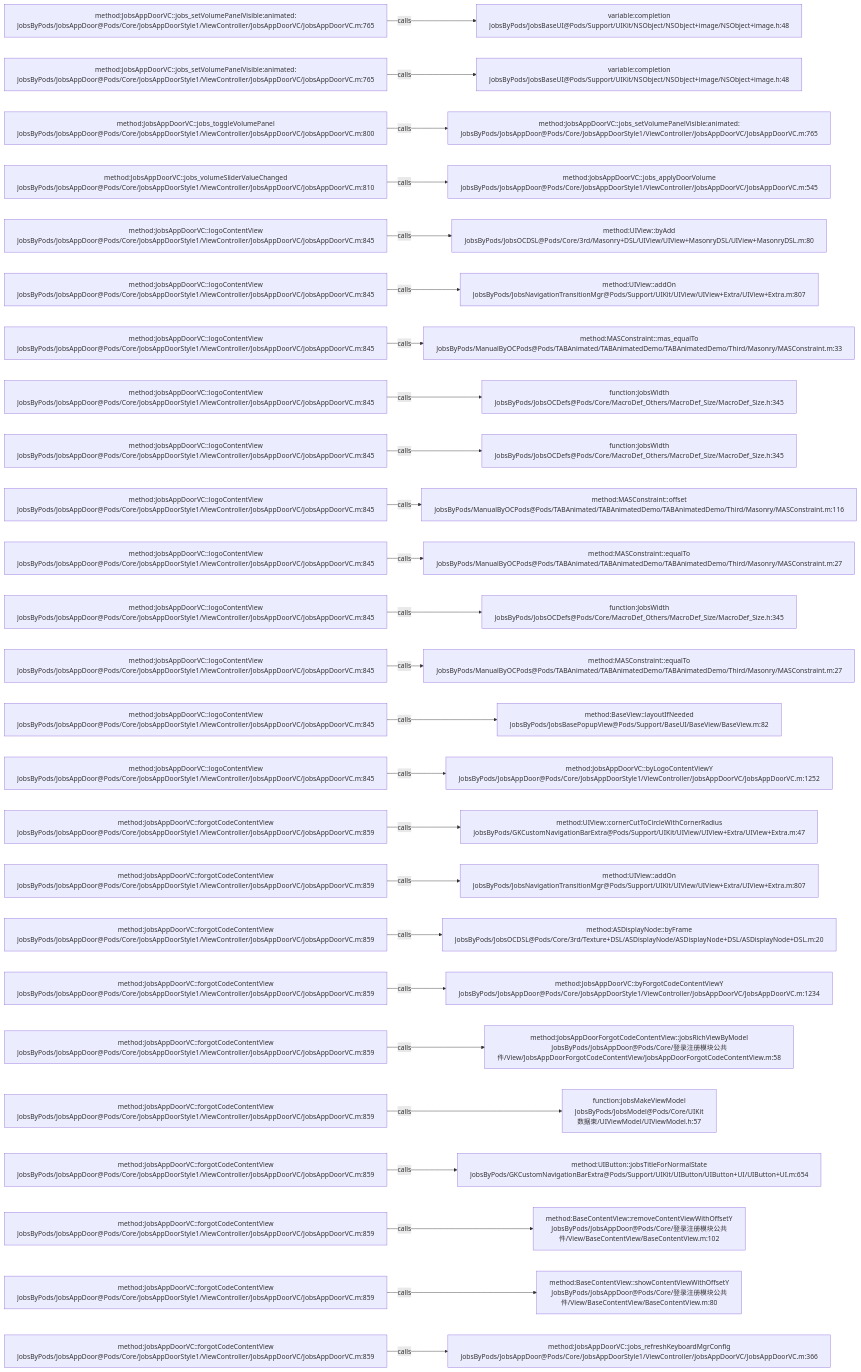
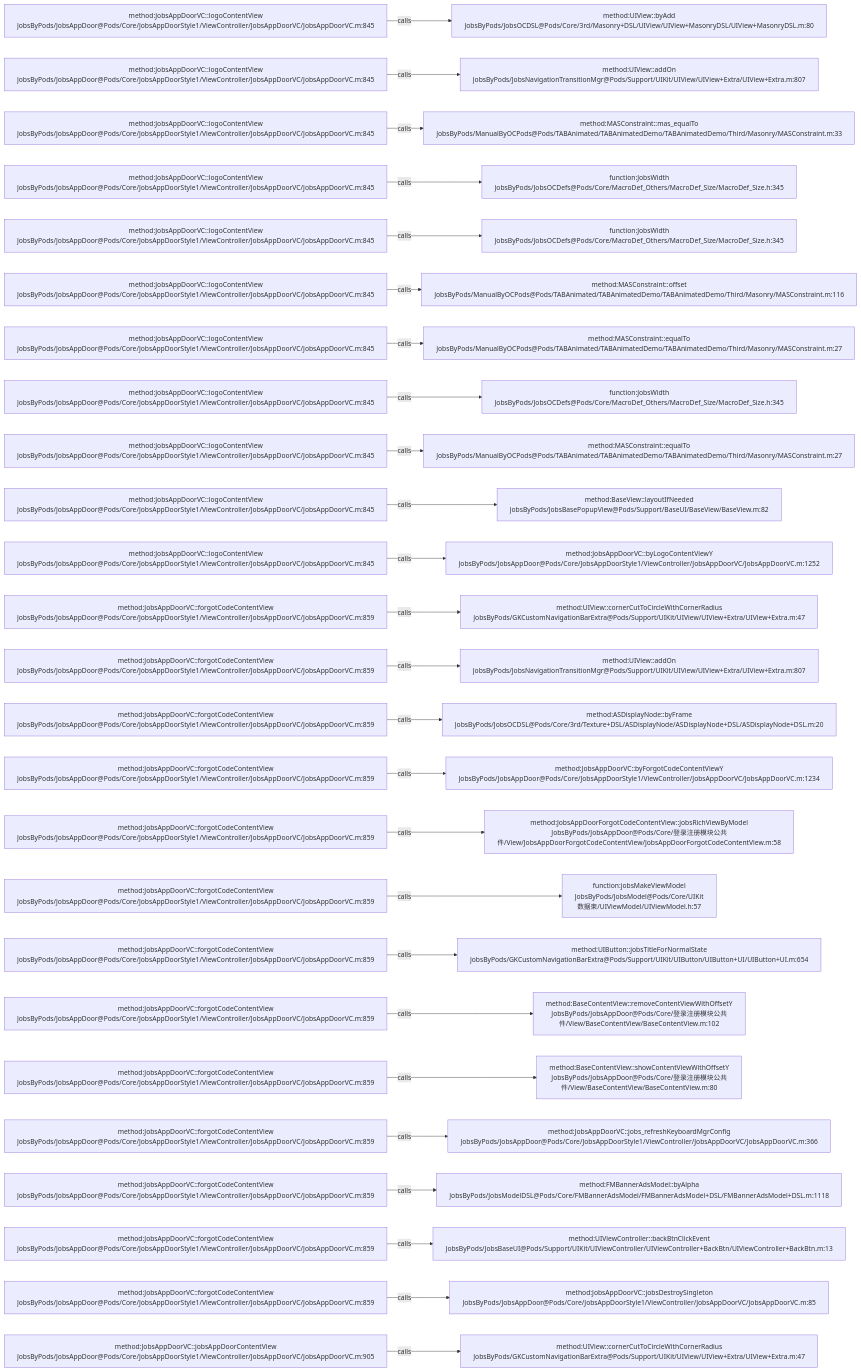
One commit to JobsKits/JobsOCBaseConfigDemo changed the diagram in .codegraph/codegraph.md/graphs/calls-111.md. Above: the diagram before and after it, drawn with Mermaid. The commit also changed 116 other files, not shown here.

````diff
--- a/.codegraph/codegraph.md/graphs/calls-111.md
+++ b/.codegraph/codegraph.md/graphs/calls-111.md
@@ -13,78 +13,78 @@
 ```mermaid
 flowchart LR
-  S1["method:JobsAppDoorVC::jobs_setVolumePanelVisible:animated:<br/>JobsByPods/JobsAppDoor@Pods/Core/JobsAppDoorStyle1/ViewController/JobsAppDoorVC/JobsAppDoorVC.m:765"]
-  T1["variable:completion<br/>JobsByPods/JobsBaseUI@Pods/Support/UIKit/NSObject/NSObject+image/NSObject+image.h:48"]
+  S1["method:JobsAppDoorVC::logoContentView<br/>JobsByPods/JobsAppDoor@Pods/Core/JobsAppDoorStyle1/ViewController/JobsAppDoorVC/JobsAppDoorVC.m:845"]
+  T1["method:UIView::byAdd<br/>JobsByPods/JobsOCDSL@Pods/Core/3rd/Masonry+DSL/UIView/UIView+MasonryDSL/UIView+MasonryDSL.m:80"]
   S1 -->|calls| T1
-  S2["method:JobsAppDoorVC::jobs_setVolumePanelVisible:animated:<br/>JobsByPods/JobsAppDoor@Pods/Core/JobsAppDoorStyle1/ViewController/JobsAppDoorVC/JobsAppDoorVC.m:765"]
-  T2["variable:completion<br/>JobsByPods/JobsBaseUI@Pods/Support/UIKit/NSObject/NSObject+image/NSObject+image.h:48"]
+  S2["method:JobsAppDoorVC::logoContentView<br/>JobsByPods/JobsAppDoor@Pods/Core/JobsAppDoorStyle1/ViewController/JobsAppDoorVC/JobsAppDoorVC.m:845"]
+  T2["method:UIView::addOn<br/>JobsByPods/JobsNavigationTransitionMgr@Pods/Support/UIKit/UIView/UIView+Extra/UIView+Extra.m:807"]
   S2 -->|calls| T2
-  S3["method:JobsAppDoorVC::jobs_toggleVolumePanel<br/>JobsByPods/JobsAppDoor@Pods/Core/JobsAppDoorStyle1/ViewController/JobsAppDoorVC/JobsAppDoorVC.m:800"]
-  T3["method:JobsAppDoorVC::jobs_setVolumePanelVisible:animated:<br/>JobsByPods/JobsAppDoor@Pods/Core/JobsAppDoorStyle1/ViewController/JobsAppDoorVC/JobsAppDoorVC.m:765"]
+  S3["method:JobsAppDoorVC::logoContentView<br/>JobsByPods/JobsAppDoor@Pods/Core/JobsAppDoorStyle1/ViewController/JobsAppDoorVC/JobsAppDoorVC.m:845"]
+  T3["method:MASConstraint::mas_equalTo<br/>JobsByPods/ManualByOCPods@Pods/TABAnimated/TABAnimatedDemo/TABAnimatedDemo/Third/Masonry/MASConstraint.m:33"]
   S3 -->|calls| T3
-  S4["method:JobsAppDoorVC::jobs_volumeSliderValueChanged<br/>JobsByPods/JobsAppDoor@Pods/Core/JobsAppDoorStyle1/ViewController/JobsAppDoorVC/JobsAppDoorVC.m:810"]
-  T4["method:JobsAppDoorVC::jobs_applyDoorVolume<br/>JobsByPods/JobsAppDoor@Pods/Core/JobsAppDoorStyle1/ViewController/JobsAppDoorVC/JobsAppDoorVC.m:545"]
+  S4["method:JobsAppDoorVC::logoContentView<br/>JobsByPods/JobsAppDoor@Pods/Core/JobsAppDoorStyle1/ViewController/JobsAppDoorVC/JobsAppDoorVC.m:845"]
+  T4["function:JobsWidth<br/>JobsByPods/JobsOCDefs@Pods/Core/MacroDef_Others/MacroDef_Size/MacroDef_Size.h:345"]
   S4 -->|calls| T4
   S5["method:JobsAppDoorVC::logoContentView<br/>JobsByPods/JobsAppDoor@Pods/Core/JobsAppDoorStyle1/ViewController/JobsAppDoorVC/JobsAppDoorVC.m:845"]
-  T5["method:UIView::byAdd<br/>JobsByPods/JobsOCDSL@Pods/Core/3rd/Masonry+DSL/UIView/UIView+MasonryDSL/UIView+MasonryDSL.m:80"]
+  T5["function:JobsWidth<br/>JobsByPods/JobsOCDefs@Pods/Core/MacroDef_Others/MacroDef_Size/MacroDef_Size.h:345"]
   S5 -->|calls| T5
   S6["method:JobsAppDoorVC::logoContentView<br/>JobsByPods/JobsAppDoor@Pods/Core/JobsAppDoorStyle1/ViewController/JobsAppDoorVC/JobsAppDoorVC.m:845"]
-  T6["method:UIView::addOn<br/>JobsByPods/JobsNavigationTransitionMgr@Pods/Support/UIKit/UIView/UIView+Extra/UIView+Extra.m:807"]
+  T6["method:MASConstraint::offset<br/>JobsByPods/ManualByOCPods@Pods/TABAnimated/TABAnimatedDemo/TABAnimatedDemo/Third/Masonry/MASConstraint.m:116"]
   S6 -->|calls| T6
   S7["method:JobsAppDoorVC::logoContentView<br/>JobsByPods/JobsAppDoor@Pods/Core/JobsAppDoorStyle1/ViewController/JobsAppDoorVC/JobsAppDoorVC.m:845"]
-  T7["method:MASConstraint::mas_equalTo<br/>JobsByPods/ManualByOCPods@Pods/TABAnimated/TABAnimatedDemo/TABAnimatedDemo/Third/Masonry/MASConstraint.m:33"]
+  T7["method:MASConstraint::equalTo<br/>JobsByPods/ManualByOCPods@Pods/TABAnimated/TABAnimatedDemo/TABAnimatedDemo/Third/Masonry/MASConstraint.m:27"]
   S7 -->|calls| T7
   S8["method:JobsAppDoorVC::logoContentView<br/>JobsByPods/JobsAppDoor@Pods/Core/JobsAppDoorStyle1/ViewController/JobsAppDoorVC/JobsAppDoorVC.m:845"]
   T8["function:JobsWidth<br/>JobsByPods/JobsOCDefs@Pods/Core/MacroDef_Others/MacroDef_Size/MacroDef_Size.h:345"]
   S8 -->|calls| T8
   S9["method:JobsAppDoorVC::logoContentView<br/>JobsByPods/JobsAppDoor@Pods/Core/JobsAppDoorStyle1/ViewController/JobsAppDoorVC/JobsAppDoorVC.m:845"]
-  T9["function:JobsWidth<br/>JobsByPods/JobsOCDefs@Pods/Core/MacroDef_Others/MacroDef_Size/MacroDef_Size.h:345"]
+  T9["method:MASConstraint::equalTo<br/>JobsByPods/ManualByOCPods@Pods/TABAnimated/TABAnimatedDemo/TABAnimatedDemo/Third/Masonry/MASConstraint.m:27"]
   S9 -->|calls| T9
   S10["method:JobsAppDoorVC::logoContentView<br/>JobsByPods/JobsAppDoor@Pods/Core/JobsAppDoorStyle1/ViewController/JobsAppDoorVC/JobsAppDoorVC.m:845"]
-  T10["method:MASConstraint::offset<br/>JobsByPods/ManualByOCPods@Pods/TABAnimated/TABAnimatedDemo/TABAnimatedDemo/Third/Masonry/MASConstraint.m:116"]
+  T10["method:BaseView::layoutIfNeeded<br/>JobsByPods/JobsBasePopupView@Pods/Support/BaseUI/BaseView/BaseView.m:82"]
   S10 -->|calls| T10
   S11["method:JobsAppDoorVC::logoContentView<br/>JobsByPods/JobsAppDoor@Pods/Core/JobsAppDoorStyle1/ViewController/JobsAppDoorVC/JobsAppDoorVC.m:845"]
-  T11["method:MASConstraint::equalTo<br/>JobsByPods/ManualByOCPods@Pods/TABAnimated/TABAnimatedDemo/TABAnimatedDemo/Third/Masonry/MASConstraint.m:27"]
+  T11["method:JobsAppDoorVC::byLogoContentViewY<br/>JobsByPods/JobsAppDoor@Pods/Core/JobsAppDoorStyle1/ViewController/JobsAppDoorVC/JobsAppDoorVC.m:1252"]
   S11 -->|calls| T11
-  S12["method:JobsAppDoorVC::logoContentView<br/>JobsByPods/JobsAppDoor@Pods/Core/JobsAppDoorStyle1/ViewController/JobsAppDoorVC/JobsAppDoorVC.m:845"]
-  T12["function:JobsWidth<br/>JobsByPods/JobsOCDefs@Pods/Core/MacroDef_Others/MacroDef_Size/MacroDef_Size.h:345"]
+  S12["method:JobsAppDoorVC::forgotCodeContentView<br/>JobsByPods/JobsAppDoor@Pods/Core/JobsAppDoorStyle1/ViewController/JobsAppDoorVC/JobsAppDoorVC.m:859"]
+  T12["method:UIView::cornerCutToCircleWithCornerRadius<br/>JobsByPods/GKCustomNavigationBarExtra@Pods/Support/UIKit/UIView/UIView+Extra/UIView+Extra.m:47"]
   S12 -->|calls| T12
-  S13["method:JobsAppDoorVC::logoContentView<br/>JobsByPods/JobsAppDoor@Pods/Core/JobsAppDoorStyle1/ViewController/JobsAppDoorVC/JobsAppDoorVC.m:845"]
-  T13["method:MASConstraint::equalTo<br/>JobsByPods/ManualByOCPods@Pods/TABAnimated/TABAnimatedDemo/TABAnimatedDemo/Third/Masonry/MASConstraint.m:27"]
+  S13["method:JobsAppDoorVC::forgotCodeContentView<br/>JobsByPods/JobsAppDoor@Pods/Core/JobsAppDoorStyle1/ViewController/JobsAppDoorVC/JobsAppDoorVC.m:859"]
+  T13["method:UIView::addOn<br/>JobsByPods/JobsNavigationTransitionMgr@Pods/Support/UIKit/UIView/UIView+Extra/UIView+Extra.m:807"]
   S13 -->|calls| T13
-  S14["method:JobsAppDoorVC::logoContentView<br/>JobsByPods/JobsAppDoor@Pods/Core/JobsAppDoorStyle1/ViewController/JobsAppDoorVC/JobsAppDoorVC.m:845"]
-  T14["method:BaseView::layoutIfNeeded<br/>JobsByPods/JobsBasePopupView@Pods/Support/BaseUI/BaseView/BaseView.m:82"]
+  S14["method:JobsAppDoorVC::forgotCodeContentView<br/>JobsByPods/JobsAppDoor@Pods/Core/JobsAppDoorStyle1/ViewController/JobsAppDoorVC/JobsAppDoorVC.m:859"]
+  T14["method:ASDisplayNode::byFrame<br/>JobsByPods/JobsOCDSL@Pods/Core/3rd/Texture+DSL/ASDisplayNode/ASDisplayNode+DSL/ASDisplayNode+DSL.m:20"]
   S14 -->|calls| T14
-  S15["method:JobsAppDoorVC::logoContentView<br/>JobsByPods/JobsAppDoor@Pods/Core/JobsAppDoorStyle1/ViewController/JobsAppDoorVC/JobsAppDoorVC.m:845"]
-  T15["method:JobsAppDoorVC::byLogoContentViewY<br/>JobsByPods/JobsAppDoor@Pods/Core/JobsAppDoorStyle1/ViewController/JobsAppDoorVC/JobsAppDoorVC.m:1252"]
+  S15["method:JobsAppDoorVC::forgotCodeContentView<br/>JobsByPods/JobsAppDoor@Pods/Core/JobsAppDoorStyle1/ViewController/JobsAppDoorVC/JobsAppDoorVC.m:859"]
+  T15["method:JobsAppDoorVC::byForgotCodeContentViewY<br/>JobsByPods/JobsAppDoor@Pods/Core/JobsAppDoorStyle1/ViewController/JobsAppDoorVC/JobsAppDoorVC.m:1234"]
   S15 -->|calls| T15
   S16["method:JobsAppDoorVC::forgotCodeContentView<br/>JobsByPods/JobsAppDoor@Pods/Core/JobsAppDoorStyle1/ViewController/JobsAppDoorVC/JobsAppDoorVC.m:859"]
-  T16["method:UIView::cornerCutToCircleWithCornerRadius<br/>JobsByPods/GKCustomNavigationBarExtra@Pods/Support/UIKit/UIView/UIView+Extra/UIView+Extra.m:47"]
+  T16["method:JobsAppDoorForgotCodeContentView::jobsRichViewByModel<br/>JobsByPods/JobsAppDoor@Pods/Core/登录注册模块公共件/View/JobsAppDoorForgotCodeContentView/JobsAppDoorForgotCodeContentView.m:58"]
   S16 -->|calls| T16
   S17["method:JobsAppDoorVC::forgotCodeContentView<br/>JobsByPods/JobsAppDoor@Pods/Core/JobsAppDoorStyle1/ViewController/JobsAppDoorVC/JobsAppDoorVC.m:859"]
-  T17["method:UIView::addOn<br/>JobsByPods/JobsNavigationTransitionMgr@Pods/Support/UIKit/UIView/UIView+Extra/UIView+Extra.m:807"]
+  T17["function:jobsMakeViewModel<br/>JobsByPods/JobsModel@Pods/Core/UIKit数据束/UIViewModel/UIViewModel.h:57"]
   S17 -->|calls| T17
   S18["method:JobsAppDoorVC::forgotCodeContentView<br/>JobsByPods/JobsAppDoor@Pods/Core/JobsAppDoorStyle1/ViewController/JobsAppDoorVC/JobsAppDoorVC.m:859"]
-  T18["method:ASDisplayNode::byFrame<br/>JobsByPods/JobsOCDSL@Pods/Core/3rd/Texture+DSL/ASDisplayNode/ASDisplayNode+DSL/ASDisplayNode+DSL.m:20"]
+  T18["method:UIButton::jobsTitleForNormalState<br/>JobsByPods/GKCustomNavigationBarExtra@Pods/Support/UIKit/UIButton/UIButton+UI/UIButton+UI.m:654"]
   S18 -->|calls| T18
   S19["method:JobsAppDoorVC::forgotCodeContentView<br/>JobsByPods/JobsAppDoor@Pods/Core/JobsAppDoorStyle1/ViewController/JobsAppDoorVC/JobsAppDoorVC.m:859"]
-  T19["method:JobsAppDoorVC::byForgotCodeContentViewY<br/>JobsByPods/JobsAppDoor@Pods/Core/JobsAppDoorStyle1/ViewController/JobsAppDoorVC/JobsAppDoorVC.m:1234"]
+  T19["method:BaseContentView::removeContentViewWithOffsetY<br/>JobsByPods/JobsAppDoor@Pods/Core/登录注册模块公共件/View/BaseContentView/BaseContentView.m:102"]
   S19 -->|calls| T19
   S20["method:JobsAppDoorVC::forgotCodeContentView<br/>JobsByPods/JobsAppDoor@Pods/Core/JobsAppDoorStyle1/ViewController/JobsAppDoorVC/JobsAppDoorVC.m:859"]
-  T20["method:JobsAppDoorForgotCodeContentView::jobsRichViewByModel<br/>JobsByPods/JobsAppDoor@Pods/Core/登录注册模块公共件/View/JobsAppDoorForgotCodeContentView/JobsAppDoorForgotCodeContentView.m:58"]
+  T20["method:BaseContentView::showContentViewWithOffsetY<br/>JobsByPods/JobsAppDoor@Pods/Core/登录注册模块公共件/View/BaseContentView/BaseContentView.m:80"]
   S20 -->|calls| T20
   S21["method:JobsAppDoorVC::forgotCodeContentView<br/>JobsByPods/JobsAppDoor@Pods/Core/JobsAppDoorStyle1/ViewController/JobsAppDoorVC/JobsAppDoorVC.m:859"]
-  T21["function:jobsMakeViewModel<br/>JobsByPods/JobsModel@Pods/Core/UIKit数据束/UIViewModel/UIViewModel.h:57"]
+  T21["method:JobsAppDoorVC::jobs_refreshKeyboardMgrConfig<br/>JobsByPods/JobsAppDoor@Pods/Core/JobsAppDoorStyle1/ViewController/JobsAppDoorVC/JobsAppDoorVC.m:366"]
   S21 -->|calls| T21
   S22["method:JobsAppDoorVC::forgotCodeContentView<br/>JobsByPods/JobsAppDoor@Pods/Core/JobsAppDoorStyle1/ViewController/JobsAppDoorVC/JobsAppDoorVC.m:859"]
-  T22["method:UIButton::jobsTitleForNormalState<br/>JobsByPods/GKCustomNavigationBarExtra@Pods/Support/UIKit/UIButton/UIButton+UI/UIButton+UI.m:654"]
+  T22["method:FMBannerAdsModel::byAlpha<br/>JobsByPods/JobsModelDSL@Pods/Core/FMBannerAdsModel/FMBannerAdsModel+DSL/FMBannerAdsModel+DSL.m:1118"]
   S22 -->|calls| T22
   S23["method:JobsAppDoorVC::forgotCodeContentView<br/>JobsByPods/JobsAppDoor@Pods/Core/JobsAppDoorStyle1/ViewController/JobsAppDoorVC/JobsAppDoorVC.m:859"]
-  T23["method:BaseContentView::removeContentViewWithOffsetY<br/>JobsByPods/JobsAppDoor@Pods/Core/登录注册模块公共件/View/BaseContentView/BaseContentView.m:102"]
+  T23["method:UIViewController::backBtnClickEvent<br/>JobsByPods/JobsBaseUI@Pods/Support/UIKit/UIViewController/UIViewController+BackBtn/UIViewController+BackBtn.m:13"]
   S23 -->|calls| T23
   S24["method:JobsAppDoorVC::forgotCodeContentView<br/>JobsByPods/JobsAppDoor@Pods/Core/JobsAppDoorStyle1/ViewController/JobsAppDoorVC/JobsAppDoorVC.m:859"]
-  T24["method:BaseContentView::showContentViewWithOffsetY<br/>JobsByPods/JobsAppDoor@Pods/Core/登录注册模块公共件/View/BaseContentView/BaseContentView.m:80"]
+  T24["method:JobsAppDoorVC::jobsDestroySingleton<br/>JobsByPods/JobsAppDoor@Pods/Core/JobsAppDoorStyle1/ViewController/JobsAppDoorVC/JobsAppDoorVC.m:85"]
   S24 -->|calls| T24
-  S25["method:JobsAppDoorVC::forgotCodeContentView<br/>JobsByPods/JobsAppDoor@Pods/Core/JobsAppDoorStyle1/ViewController/JobsAppDoorVC/JobsAppDoorVC.m:859"]
-  T25["method:JobsAppDoorVC::jobs_refreshKeyboardMgrConfig<br/>JobsByPods/JobsAppDoor@Pods/Core/JobsAppDoorStyle1/ViewController/JobsAppDoorVC/JobsAppDoorVC.m:366"]
+  S25["method:JobsAppDoorVC::jobsAppDoorContentView<br/>JobsByPods/JobsAppDoor@Pods/Core/JobsAppDoorStyle1/ViewController/JobsAppDoorVC/JobsAppDoorVC.m:905"]
+  T25["method:UIView::cornerCutToCircleWithCornerRadius<br/>JobsByPods/GKCustomNavigationBarExtra@Pods/Support/UIKit/UIView/UIView+Extra/UIView+Extra.m:47"]
   S25 -->|calls| T25
 ```
````
